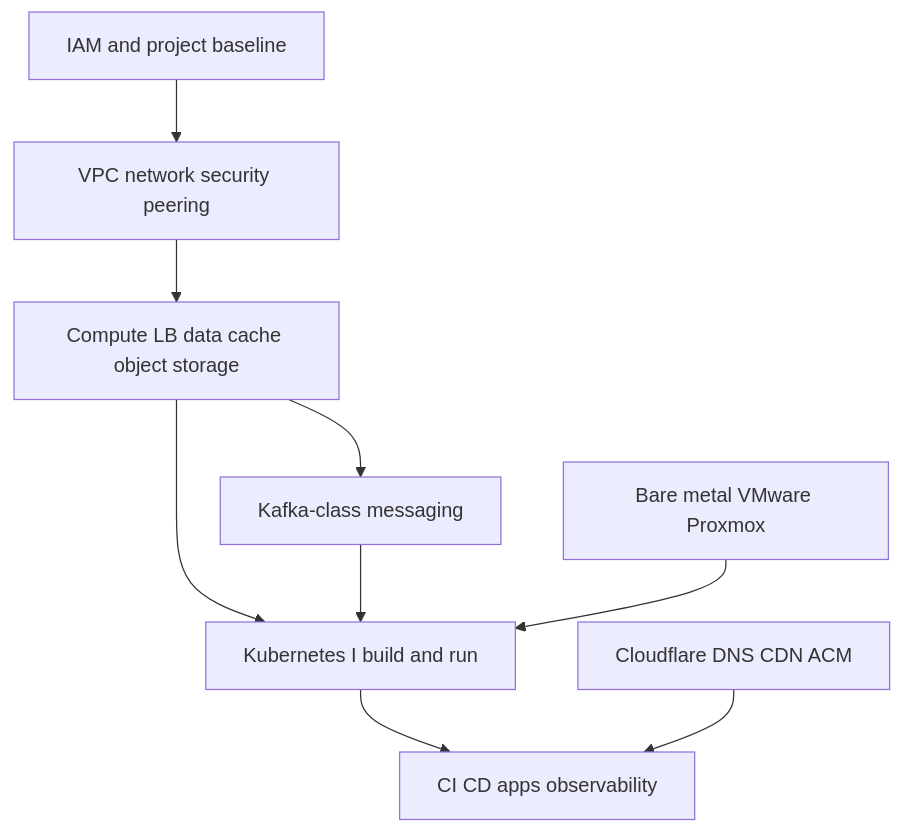
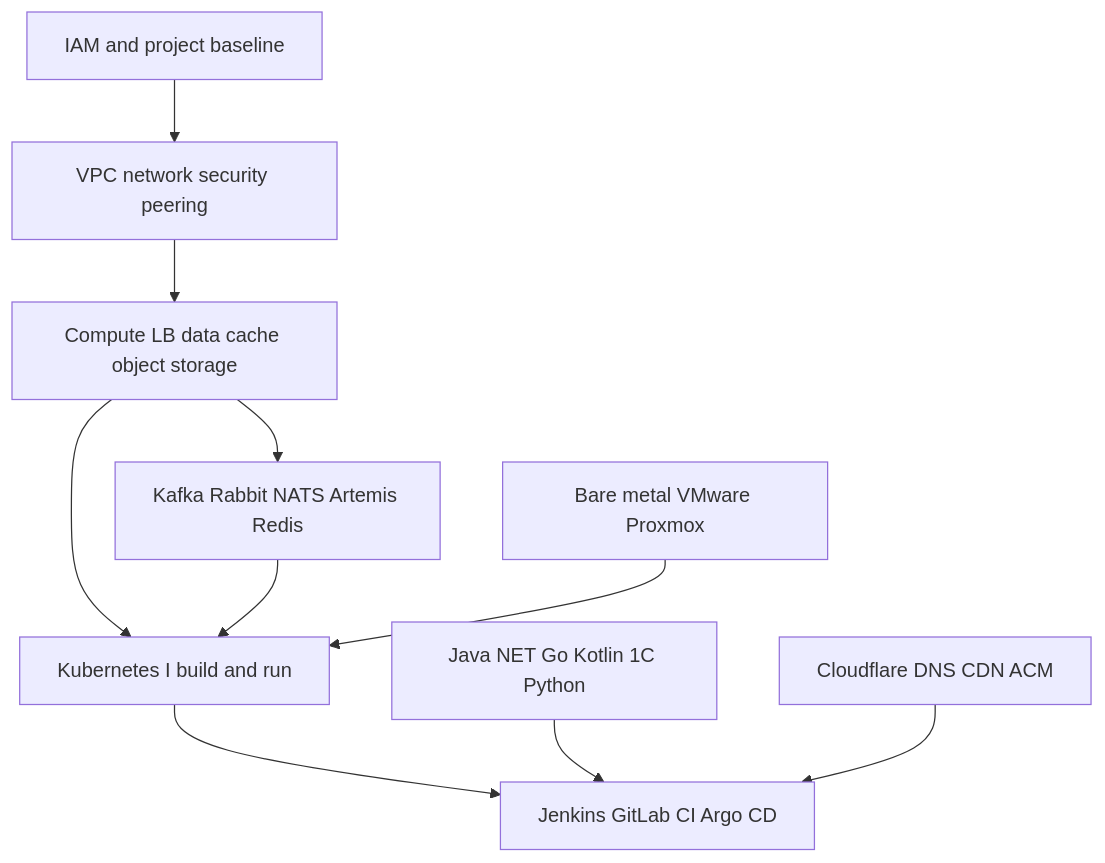
Before and after one commit to NarberallGamma/narberall-platform-engineer-lab: the third of 4 diagrams in README.md, drawn with Mermaid. The commit also changed other lines of this file and 401 other files, not shown here.

````diff
--- a/README.md
+++ b/README.md
@@ -105,11 +238,12 @@
 ```mermaid
 flowchart TB
   IAM[IAM and project baseline] --> VPC[VPC network security peering]
   VPC --> Compute[Compute LB data cache object storage]
-  Compute --> Msg[Kafka-class messaging]
+  Compute --> Msg[Kafka Rabbit NATS Artemis Redis]
   Compute --> K8s[Kubernetes I build and run]
   Msg --> K8s
-  K8s --> CICD[CI CD apps observability]
+  K8s --> CICD[Jenkins GitLab CI Argo CD]
+  Apps[Java NET Go Kotlin 1C Python] --> CICD
   Edge[Cloudflare DNS CDN ACM] --> CICD
   Bare[Bare metal VMware Proxmox] --> K8s
 ```
````
